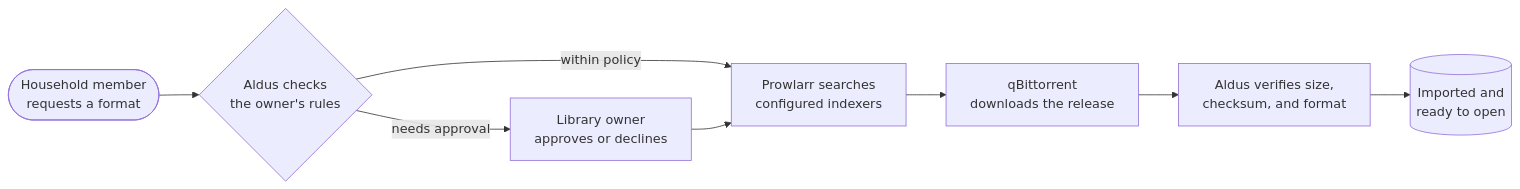
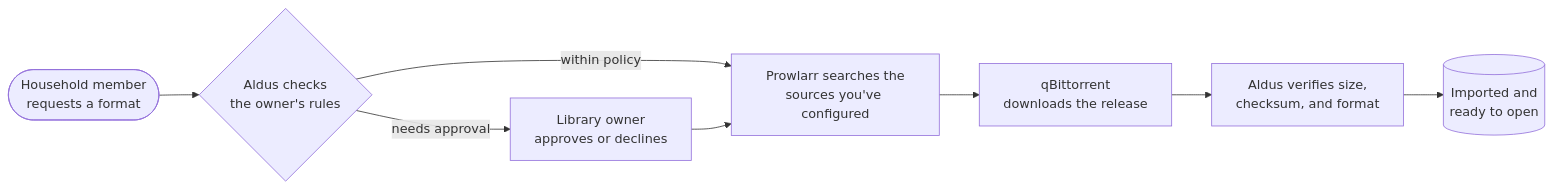
Before and after one commit to Mahcks/Aldus: the third of 3 diagrams in README.md, drawn with Mermaid. The commit also changed other lines of this file, not shown here.

````diff
--- a/README.md
+++ b/README.md
@@ -87,10 +114,10 @@
 ```mermaid
 flowchart LR
     U([Household member<br/>requests a format]) --> R{Aldus checks<br/>the owner's rules}
-    R -->|within policy| P[Prowlarr searches<br/>configured indexers]
+    R -->|within policy| P[Prowlarr searches the<br/>sources you've configured]
     P --> Q[qBittorrent<br/>downloads the release]
     Q --> V[Aldus verifies size,<br/>checksum, and format]
     V --> L[(Imported and<br/>ready to open)]
     R -->|needs approval| O[Library owner<br/>approves or declines]
     O --> P
 ```
````
